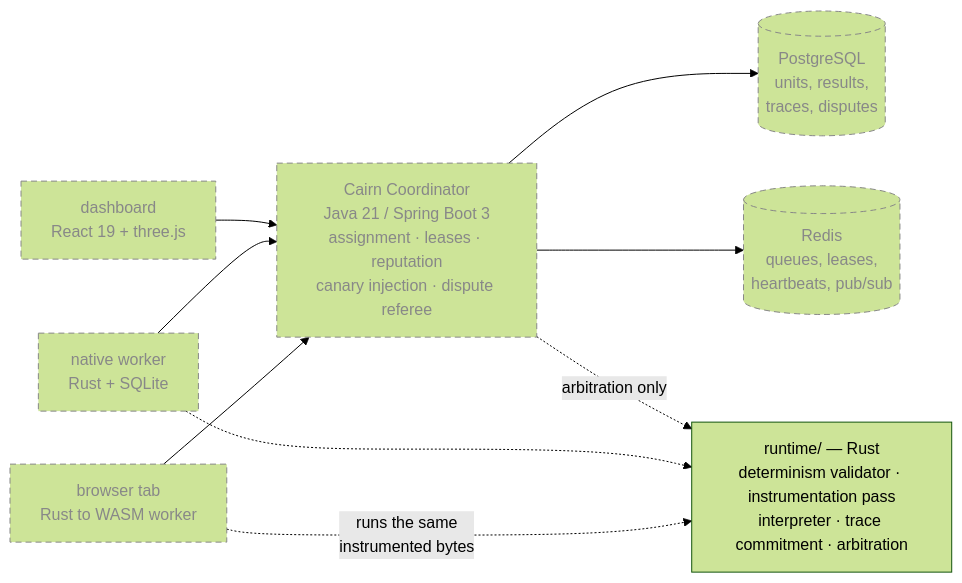
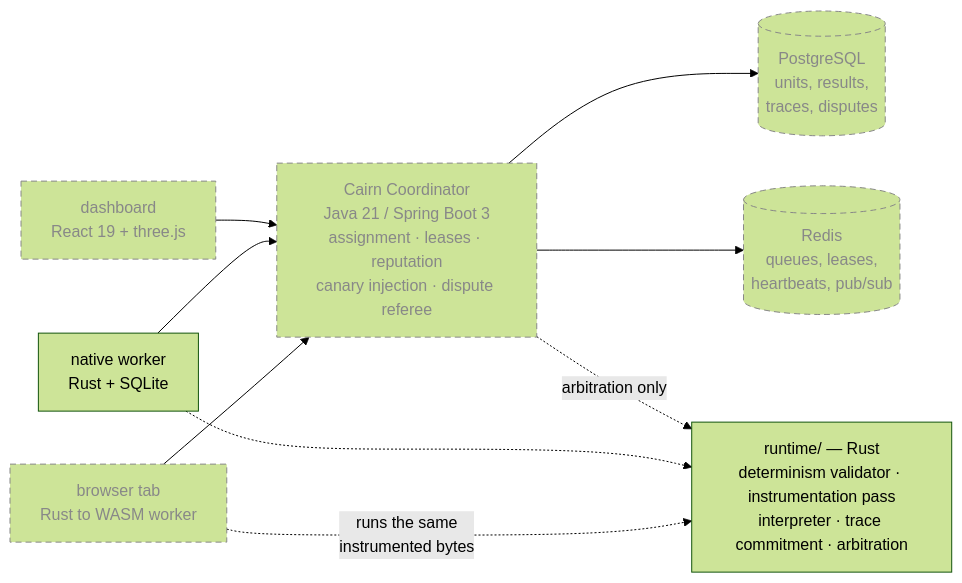
Before and after one commit to H020906/cairn: the third of 3 diagrams in ARCHITECTURE.md, drawn with Mermaid (forest theme). The commit also changed other lines of this file and 13 other files, not shown here.

````diff
--- a/ARCHITECTURE.md
+++ b/ARCHITECTURE.md
@@ -208,22 +208,22 @@
 ```mermaid
 flowchart LR
     BW["browser tab<br/>Rust to WASM worker"]
     NW["native worker<br/>Rust + SQLite"]
     UI["dashboard<br/>React 19 + three.js"]
     CO["Cairn Coordinator<br/>Java 21 / Spring Boot 3<br/>assignment · leases · reputation<br/>canary injection · dispute referee"]
     PG[("PostgreSQL<br/>units, results,<br/>traces, disputes")]
     RD[("Redis<br/>queues, leases,<br/>heartbeats, pub/sub")]
     RT["runtime/ — Rust<br/>determinism validator · instrumentation pass<br/>interpreter · trace commitment · arbitration"]
 
     BW --> CO
     NW --> CO
     UI --> CO
     CO --> PG
     CO --> RD
     BW -.->|"runs the same<br/>instrumented bytes"| RT
     NW -.-> RT
     CO -.->|"arbitration only"| RT
 
     classDef unbuilt stroke-dasharray:6 4,color:#888,stroke:#888
-    class BW,NW,UI,CO,PG,RD unbuilt
+    class BW,UI,CO,PG,RD unbuilt
 ```
````
